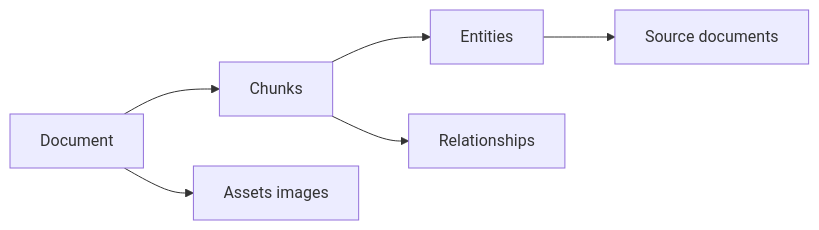
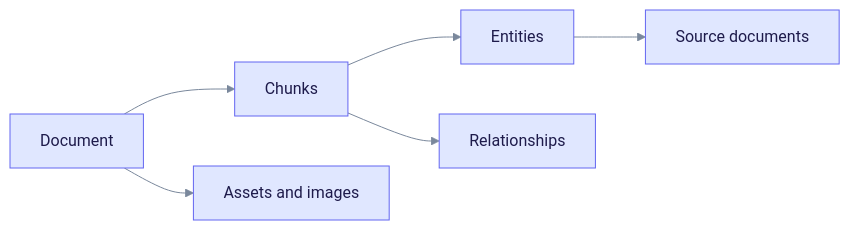
The first of 2 diagrams in docs/api-reference/lineage-endpoints.md (raphaelmansuy/edgequake), drawn with Mermaid before and after one commit. The commit also changed other lines of this file and 194 other files, not shown here.

First line of the commit message:
Refresh docs against code and rebuild schema E/R as progressive steps

````diff
--- a/docs/api-reference/lineage-endpoints.md
+++ b/docs/api-reference/lineage-endpoints.md
@@ -12,8 +14,10 @@
 ```mermaid
+%%{init: {"theme":"base","themeVariables":{"primaryColor":"#E0E7FF","primaryBorderColor":"#6366F1","primaryTextColor":"#1E1B4B","secondaryColor":"#D1FAE5","secondaryBorderColor":"#10B981","secondaryTextColor":"#064E3B","tertiaryColor":"#FEF3C7","tertiaryBorderColor":"#F59E0B","tertiaryTextColor":"#6B7A90","lineColor":"#7A889C","clusterBkg":"rgba(99,102,241,0.07)","clusterBorder":"#A5B4FC","noteBkgColor":"#FEF9C3","noteTextColor":"#422006","textColor":"#6B7A90","titleColor":"#6B7A90","signalColor":"#7A889C","signalTextColor":"#6B7A90","loopTextColor":"#6B7A90","edgeLabelBackground":"#F1F5F9","actorLineColor":"#94A3B8"}}}%%
+%% eq-theme:v1
 flowchart LR
     D["Document"] --> C["Chunks"]
     C --> E["Entities"]
     C --> R["Relationships"]
     E --> S["Source documents"]
-    D --> A["Assets images"]
+    D --> A["Assets and images"]
 ```
````
